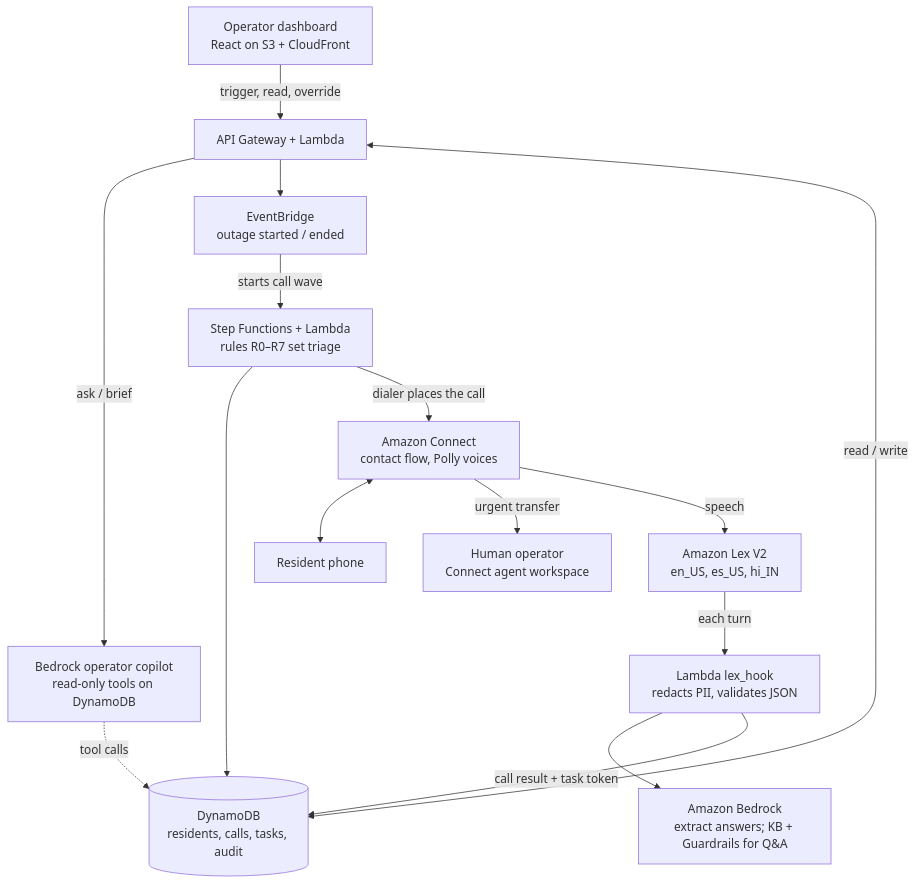
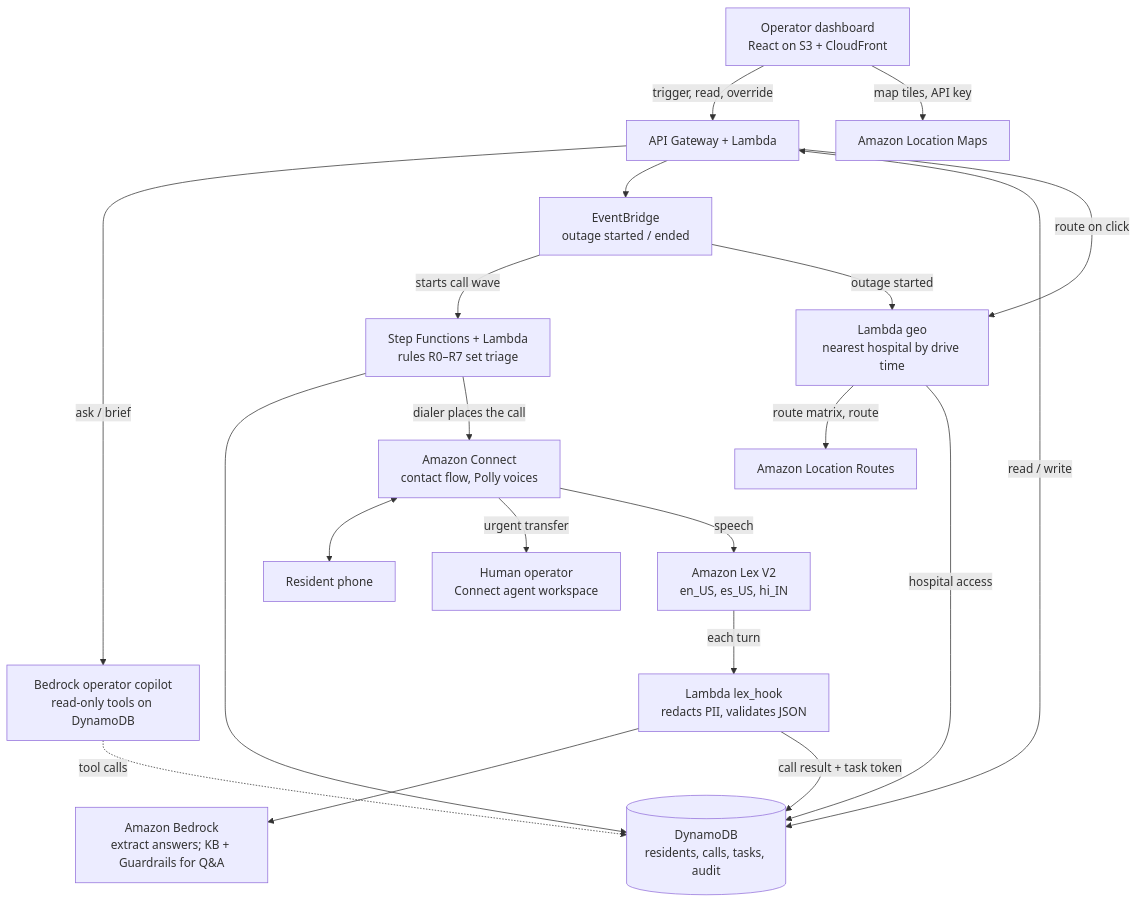
Before and after one commit to kallmekabir/AWS-Track: the diagram in README.md, drawn with Mermaid. The commit also changed other lines of this file and 9 other files, not shown here.

````diff
--- a/README.md
+++ b/README.md
@@ -59,17 +63,22 @@
 ```mermaid
 flowchart TD
   dash["Operator dashboard<br/>React on S3 + CloudFront"] -->|trigger, read, override| api["API Gateway + Lambda"]
   api -->|ask / brief| copilot["Bedrock operator copilot<br/>read-only tools on DynamoDB"]
   api --> eb["EventBridge<br/>outage started / ended"]
   api <-->|read / write| ddb[("DynamoDB<br/>residents, calls, tasks, audit")]
   eb -->|starts call wave| sf["Step Functions + Lambda<br/>rules R0–R7 set triage"]
   sf --> ddb
   sf -->|dialer places the call| connect["Amazon Connect<br/>contact flow, Polly voices"]
   connect <--> phone["Resident phone"]
   connect -->|urgent transfer| op["Human operator<br/>Connect agent workspace"]
   connect -->|speech| lex["Amazon Lex V2<br/>en_US, es_US, hi_IN"]
   lex -->|each turn| hook["Lambda lex_hook<br/>redacts PII, validates JSON"]
   hook --> br["Amazon Bedrock<br/>extract answers; KB + Guardrails for Q&A"]
   hook -->|call result + task token| ddb
   copilot -.->|tool calls| ddb
+  dash -->|map tiles, API key| maps["Amazon Location Maps"]
+  eb -->|outage started| geo["Lambda geo<br/>nearest hospital by drive time"]
+  api -->|route on click| geo
+  geo -->|route matrix, route| routes["Amazon Location Routes"]
+  geo -->|hospital access| ddb
 ```
````
